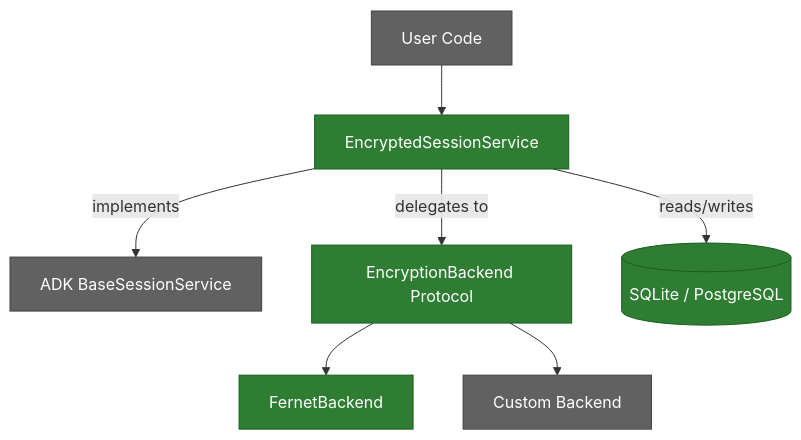
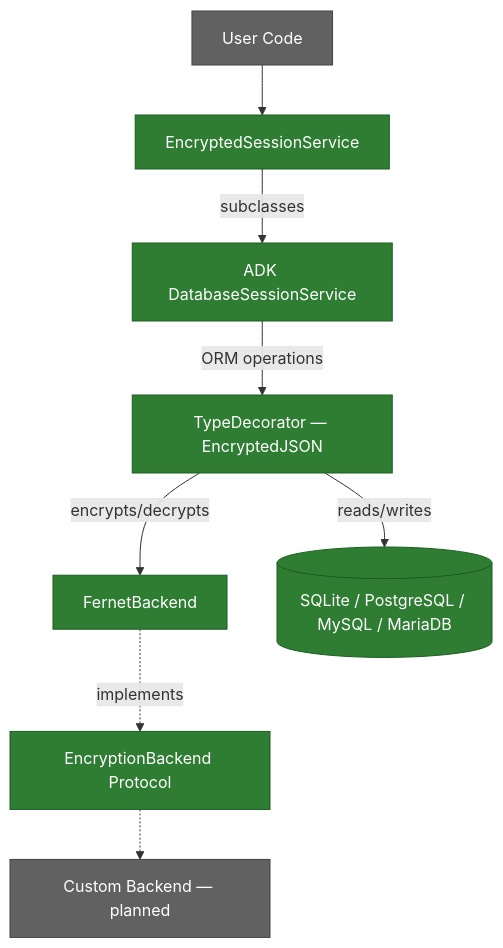
Before and after one commit to Alberto-Codes/adk-secure-sessions: the first of 3 diagrams in docs/ARCHITECTURE.md, drawn with Mermaid. The commit also changed other lines of this file and 20 other files, not shown here.

First line of the commit message:
docs(session): update docs for Epic 7 architecture migration (#137)

````diff
--- a/docs/ARCHITECTURE.md
+++ b/docs/ARCHITECTURE.md
@@ -11,17 +11,19 @@
 ```mermaid
 graph TD
     UC[User Code] --> ESS[EncryptedSessionService]
-    ESS -->|implements| BSS[ADK BaseSessionService]
-    ESS -->|delegates to| EB[EncryptionBackend Protocol]
-    EB --> FB[FernetBackend]
-    EB --> CB[Custom Backend]
-    ESS -->|reads/writes| DB[(SQLite / PostgreSQL)]
+    ESS -->|subclasses| DSS[ADK DatabaseSessionService]
+    DSS -->|ORM operations| TD[TypeDecorator — EncryptedJSON]
+    TD -->|encrypts/decrypts| FB[FernetBackend]
+    FB -.->|implements| EB[EncryptionBackend Protocol]
+    EB -.-> CB[Custom Backend — planned]
+    TD -->|reads/writes| DB[(SQLite / PostgreSQL / MySQL / MariaDB)]
 
     style EB fill:#2e7d32,stroke:#1b5e20,color:#fff
     style UC fill:#616161,stroke:#424242,color:#fff
     style ESS fill:#2e7d32,stroke:#1b5e20,color:#fff
-    style BSS fill:#616161,stroke:#424242,color:#fff
+    style DSS fill:#2e7d32,stroke:#1b5e20,color:#fff
+    style TD fill:#2e7d32,stroke:#1b5e20,color:#fff
     style FB fill:#2e7d32,stroke:#1b5e20,color:#fff
     style CB fill:#616161,stroke:#424242,color:#fff
     style DB fill:#2e7d32,stroke:#1b5e20,color:#fff
 ```
````
